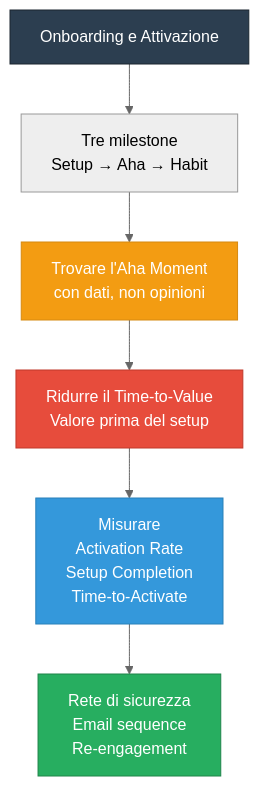
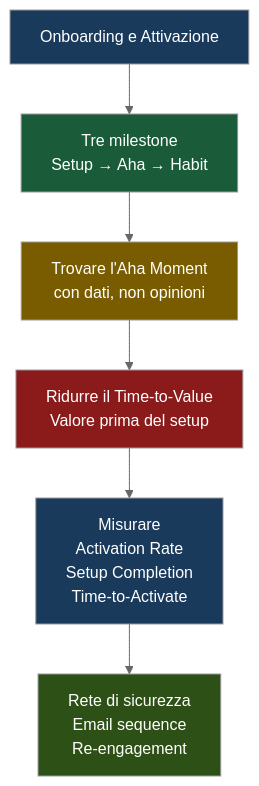
One commit to AndreyBertasini/gynnitech changed the fourth of 4 diagrams in src/content/corso/analisi-prodotto/onboarding-attivazione.mdx. Above: the diagram before and after it, drawn with Mermaid (neutral theme). The commit also changed other lines of this file and 21 other files, not shown here.

First line of the commit message:
style: applica color scheme semantico a tutti i diagrammi Mermaid del corso

````diff
--- a/src/content/corso/analisi-prodotto/onboarding-attivazione.mdx
+++ b/src/content/corso/analisi-prodotto/onboarding-attivazione.mdx
@@ -238,13 +248,14 @@
 ```mermaid
 graph TD
     START["Onboarding e Attivazione"] --> MILE["Tre milestone\nSetup → Aha → Habit"]
     MILE --> AHA["Trovare l'Aha Moment\ncon dati, non opinioni"]
     AHA --> TTV["Ridurre il Time-to-Value\nValore prima del setup"]
     TTV --> METRICS["Misurare\nActivation Rate\nSetup Completion\nTime-to-Activate"]
     METRICS --> SAFETY["Rete di sicurezza\nEmail sequence\nRe-engagement"]
-    style START fill:#2c3e50,stroke:#1a252f,color:#fff
-    style AHA fill:#f39c12,stroke:#d68910,color:#fff
-    style TTV fill:#e74c3c,stroke:#c0392b,color:#fff
-    style METRICS fill:#3498db,stroke:#2980b9,color:#fff
-    style SAFETY fill:#27ae60,stroke:#1e8449,color:#fff
+    style START fill:#1a3a5c,color:#ffffff
+    style MILE fill:#1a5c3a,color:#ffffff
+    style AHA fill:#7a5c00,color:#ffffff
+    style TTV fill:#8b1a1a,color:#ffffff
+    style METRICS fill:#1a3a5c,color:#ffffff
+    style SAFETY fill:#2d5016,color:#ffffff
 ```
````
